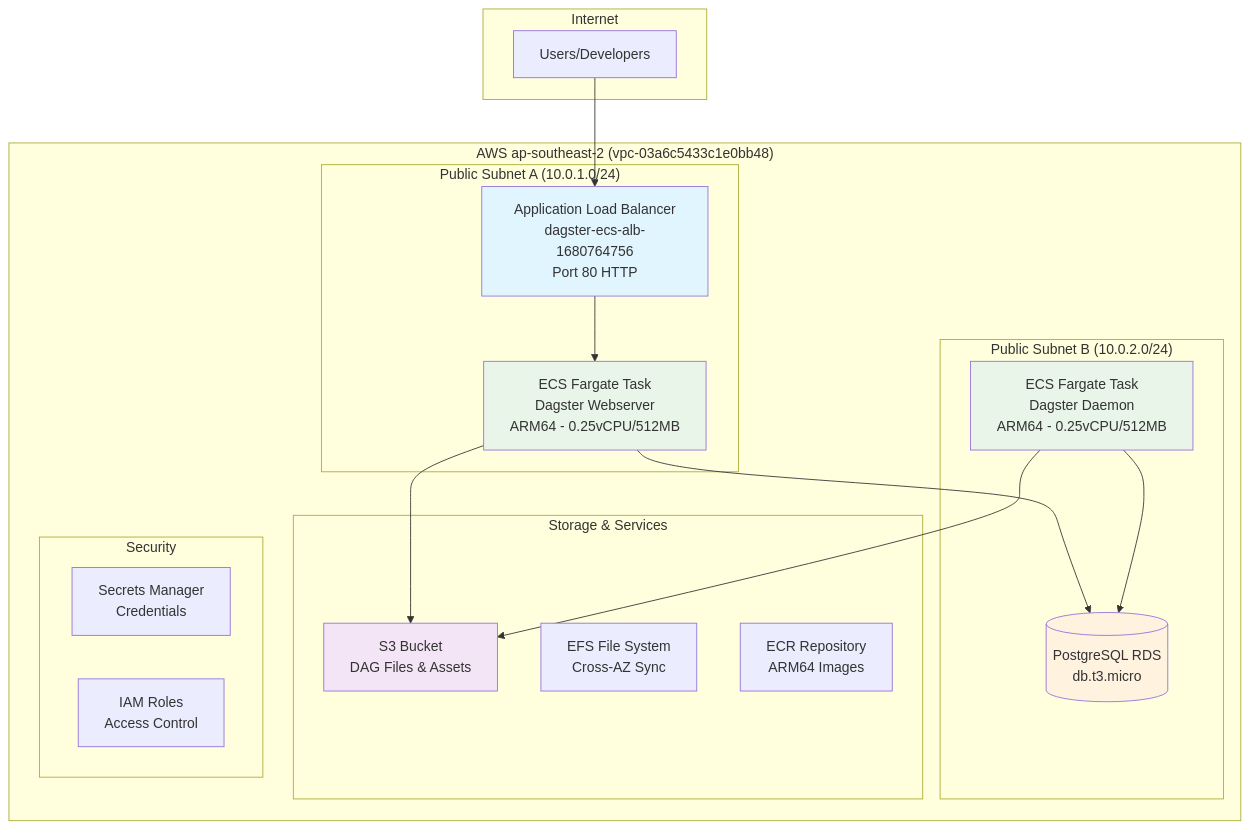
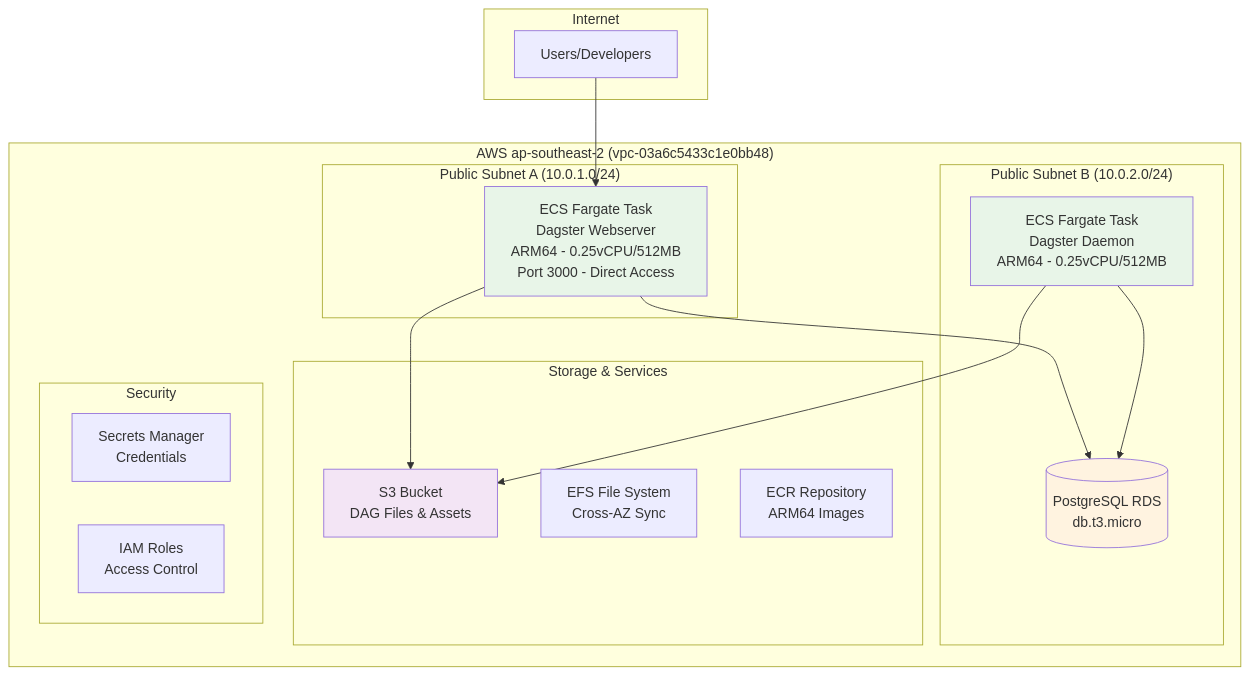
One commit to namtonthat/dagster-ecs changed the first of 4 diagrams in docs/architecture.md. Above: the diagram before and after it, drawn with Mermaid. The commit also changed other lines of this file and 7 other files, not shown here.

````diff
--- a/docs/architecture.md
+++ b/docs/architecture.md
@@ -11,42 +28,39 @@
 ```mermaid
 graph TB
     subgraph "Internet"
         Users[Users/Developers]
     end
     
     subgraph "AWS ap-southeast-2 (vpc-03a6c5433c1e0bb48)"
         subgraph "Public Subnet A (10.0.1.0/24)"
-            ALB[Application Load Balancer<br/>dagster-ecs-alb-1680764756<br/>Port 80 HTTP]
-            ECS_WEB[ECS Fargate Task<br/>Dagster Webserver<br/>ARM64 - 0.25vCPU/512MB]
+            ECS_WEB[ECS Fargate Task<br/>Dagster Webserver<br/>ARM64 - 0.25vCPU/512MB<br/>Port 3000 - Direct Access]
         end
         
         subgraph "Public Subnet B (10.0.2.0/24)"
             ECS_DAEMON[ECS Fargate Task<br/>Dagster Daemon<br/>ARM64 - 0.25vCPU/512MB]
             RDS[(PostgreSQL RDS<br/>db.t3.micro)]
         end
         
         subgraph "Storage & Services"
             S3[S3 Bucket<br/>DAG Files & Assets]
             EFS[EFS File System<br/>Cross-AZ Sync]
             ECR[ECR Repository<br/>ARM64 Images]
         end
         
         subgraph "Security"
             SM[Secrets Manager<br/>Credentials]
             IAM[IAM Roles<br/>Access Control]
         end
     end
     
-    Users --> ALB
-    ALB --> ECS_WEB
+    Users --> ECS_WEB
     ECS_WEB --> RDS
     ECS_WEB --> S3
     ECS_DAEMON --> RDS
     ECS_DAEMON --> S3
     
-    style ALB fill:#e1f5fe
     style ECS_WEB fill:#e8f5e8
     style ECS_DAEMON fill:#e8f5e8
     style RDS fill:#fff3e0
     style S3 fill:#f3e5f5
 ```
````
